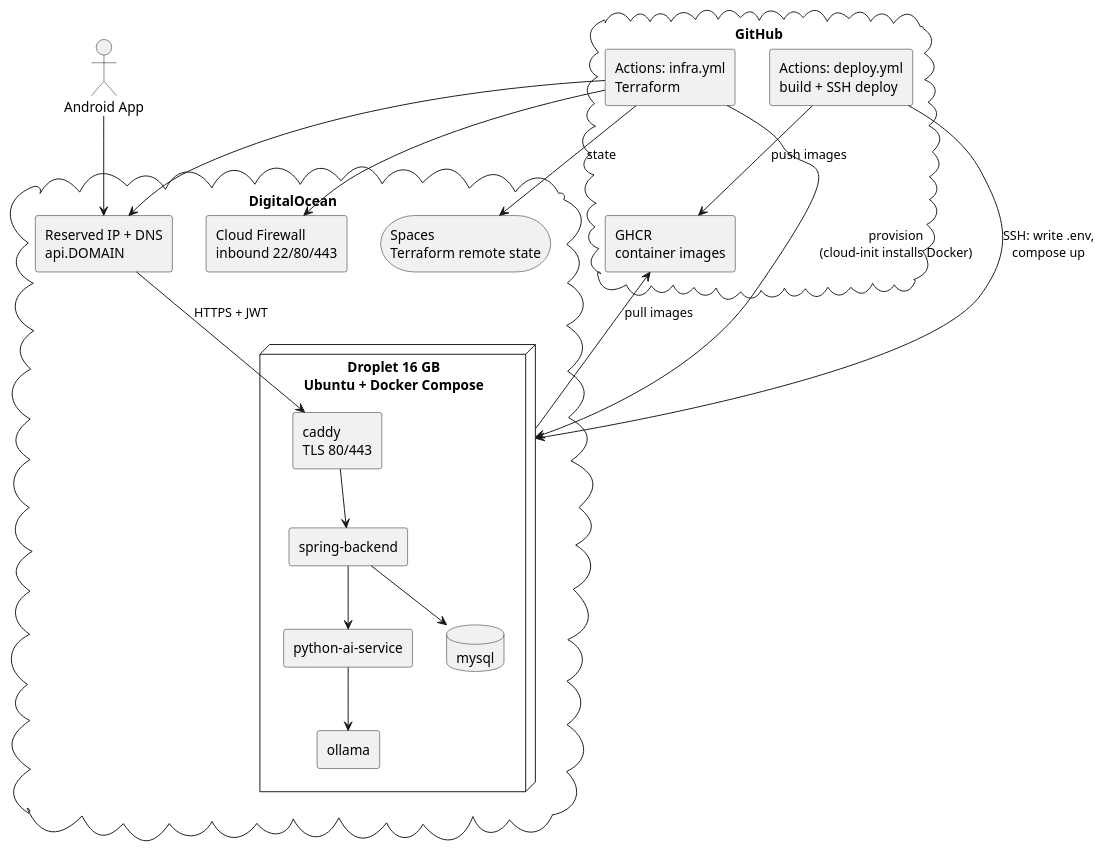
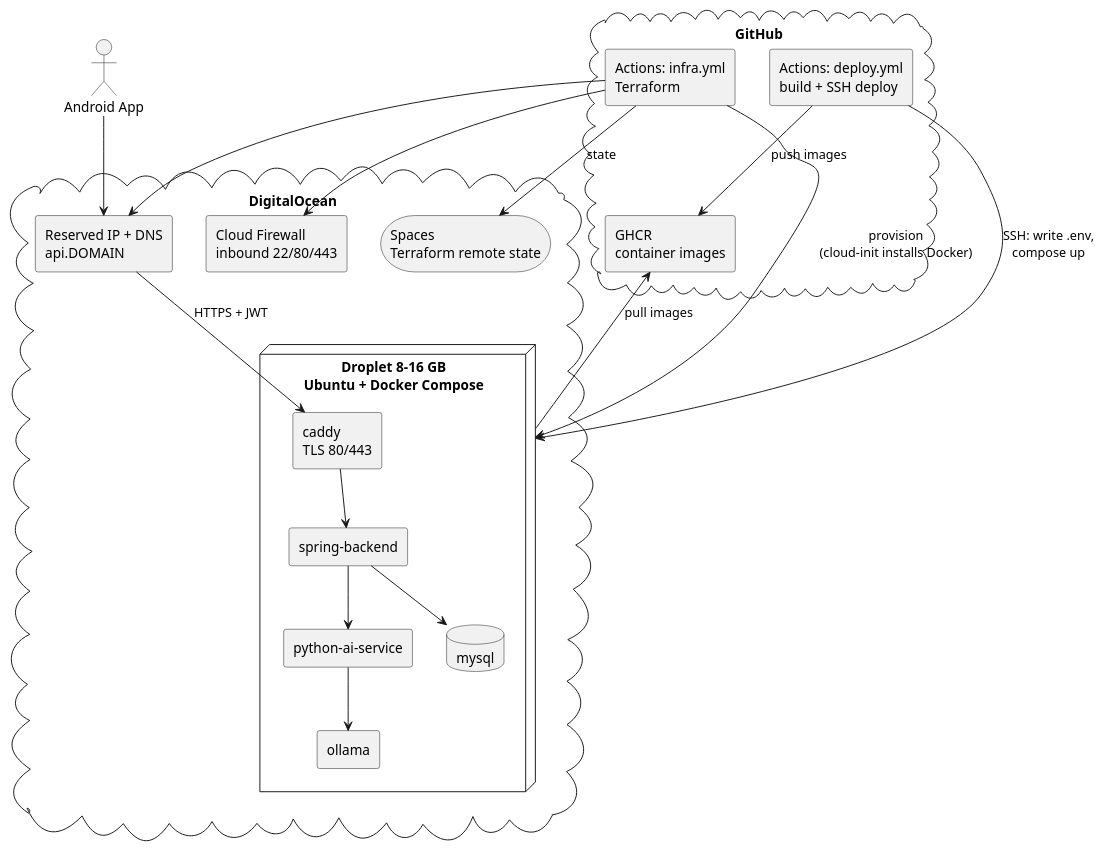
One commit to SA62-team4/mobile-application-dev-ca changed the fourth of 7 diagrams in docs/specs/04-plan-system-architecture.md. Above: the diagram before and after it, drawn with PlantUML. The commit also changed 5 other files, not shown here.

````diff
--- a/docs/specs/04-plan-system-architecture.md
+++ b/docs/specs/04-plan-system-architecture.md
@@ -138,40 +138,40 @@
 ```plantuml
 @startuml
 top to bottom direction
 
 actor "Android App" as Android
 
 cloud "GitHub" as GH {
   rectangle "Actions: infra.yml\nTerraform" as Infra
   rectangle "Actions: deploy.yml\nbuild + SSH deploy" as Deploy
   rectangle "GHCR\ncontainer images" as GHCR
 }
 
 cloud "DigitalOcean" as DO {
   rectangle "Cloud Firewall\ninbound 22/80/443" as FW
   rectangle "Reserved IP + DNS\napi.DOMAIN" as DNS
   storage "Spaces\nTerraform remote state" as Spaces
-  node "Droplet 16 GB\nUbuntu + Docker Compose" as Droplet {
+  node "Droplet 8-16 GB\nUbuntu + Docker Compose" as Droplet {
     rectangle "caddy\nTLS 80/443" as Caddy
     rectangle "spring-backend" as Spring
     rectangle "python-ai-service" as Python
     rectangle "ollama" as Ollama
     database "mysql" as MySQL
   }
 }
 
 Infra --> Spaces : state
 Infra --> Droplet : provision\n(cloud-init installs Docker)
 Infra --> FW
 Infra --> DNS
 Deploy --> GHCR : push images
 Deploy --> Droplet : SSH: write .env,\ncompose up
 Droplet --> GHCR : pull images
 Android --> DNS
 DNS --> Caddy : HTTPS + JWT
 Caddy --> Spring
 Spring --> MySQL
 Spring --> Python
 Python --> Ollama
 @enduml
 ```
````
